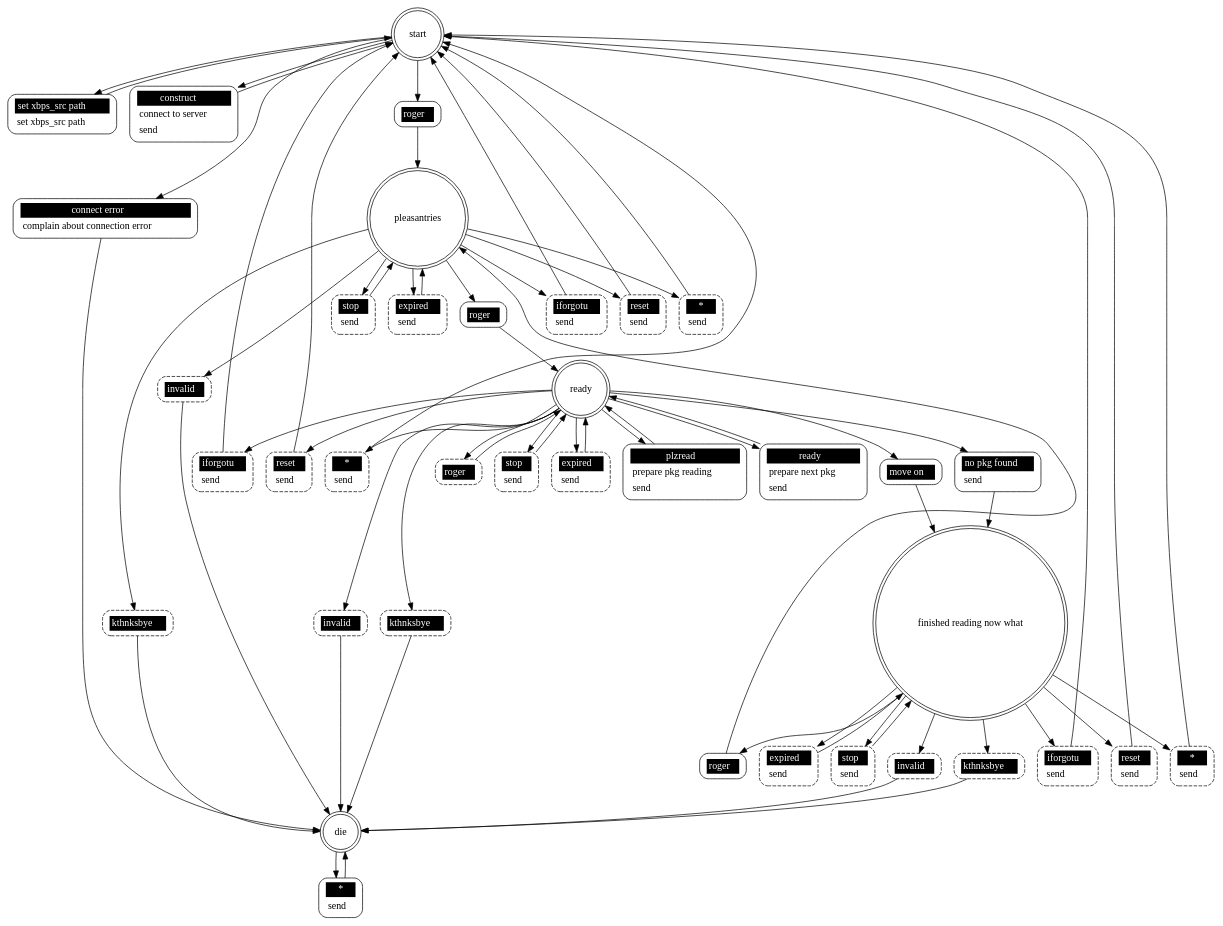
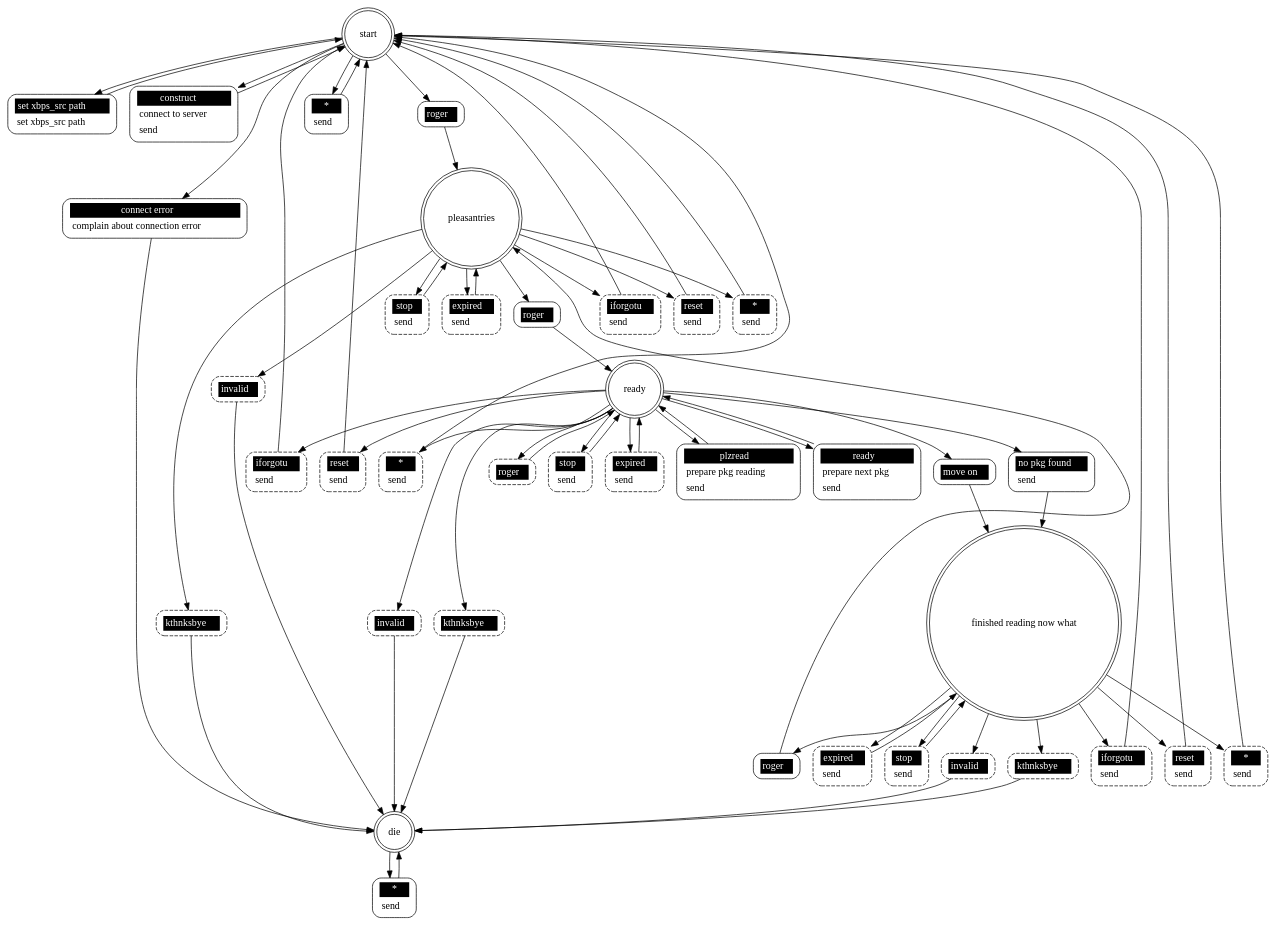
The diagram in src/pkgimport_client.dot (Vaelatern/dxpb), drawn with Graphviz before and after one commit. The commit also changed 26 other files, not shown here.

```diff
--- a/src/pkgimport_client.dot
+++ b/src/pkgimport_client.dot
@@ -1,112 +1,115 @@
 ## Automatically generated from pkgimport_client.xml by gsl
 digraph "pkgimport_client" {
 
  "start" [shape = "doublecircle"];
  "start set xbps_src path" [shape = "Mrecord" style = solid label = <<table border="0" cellborder="0" cellpadding="3" bgcolor="white"><tr><td bgcolor="black" align="center" colspan="2"><font color="white">set xbps_src path</font></td></tr><tr><td align="left" port="r3">set xbps_src path</td></tr></table>>];
  "start" -> "start set xbps_src path";
  "start set xbps_src path" -> "start";
  "start construct" [shape = "Mrecord" style = solid label = <<table border="0" cellborder="0" cellpadding="3" bgcolor="white"><tr><td bgcolor="black" align="center" colspan="2"><font color="white">construct</font></td></tr><tr><td align="left" port="r3">connect to server</td></tr><tr><td align="left" port="r3">send</td></tr></table>>];
  "start" -> "start construct";
  "start construct" -> "start";
  "start roger" [shape = "Mrecord" style = solid label = <<table border="0" cellborder="0" cellpadding="3" bgcolor="white"><tr><td bgcolor="black" align="center" colspan="2"><font color="white">roger</font></td></tr></table>>];
  "start" -> "start roger";
  "start roger" -> "pleasantries";
  "start connect error" [shape = "Mrecord" style = solid label = <<table border="0" cellborder="0" cellpadding="3" bgcolor="white"><tr><td bgcolor="black" align="center" colspan="2"><font color="white">connect error</font></td></tr><tr><td align="left" port="r3">complain about connection error</td></tr></table>>];
  "start" -> "start connect error";
  "start connect error" -> "die";
+ "start *" [shape = "Mrecord" style = solid label = <<table border="0" cellborder="0" cellpadding="3" bgcolor="white"><tr><td bgcolor="black" align="center" colspan="2"><font color="white">*</font></td></tr><tr><td align="left" port="r3">send</td></tr></table>>];
+ "start" -> "start *";
+ "start *" -> "start";
 
  "pleasantries" [shape = "doublecircle"];
  "pleasantries invalid" [shape = "Mrecord" style = dashed label = <<table border="0" cellborder="0" cellpadding="3" bgcolor="white"><tr><td bgcolor="black" align="center" colspan="2"><font color="white">invalid</font></td></tr></table>>];
  "pleasantries" -> "pleasantries invalid";
  "pleasantries invalid" -> "die";
  "pleasantries iforgotu" [shape = "Mrecord" style = dashed label = <<table border="0" cellborder="0" cellpadding="3" bgcolor="white"><tr><td bgcolor="black" align="center" colspan="2"><font color="white">iforgotu</font></td></tr><tr><td align="left" port="r3">send</td></tr></table>>];
  "pleasantries" -> "pleasantries iforgotu";
  "pleasantries iforgotu" -> "start";
  "pleasantries reset" [shape = "Mrecord" style = dashed label = <<table border="0" cellborder="0" cellpadding="3" bgcolor="white"><tr><td bgcolor="black" align="center" colspan="2"><font color="white">reset</font></td></tr><tr><td align="left" port="r3">send</td></tr></table>>];
  "pleasantries" -> "pleasantries reset";
  "pleasantries reset" -> "start";
  "pleasantries stop" [shape = "Mrecord" style = dashed label = <<table border="0" cellborder="0" cellpadding="3" bgcolor="white"><tr><td bgcolor="black" align="center" colspan="2"><font color="white">stop</font></td></tr><tr><td align="left" port="r3">send</td></tr></table>>];
  "pleasantries" -> "pleasantries stop";
  "pleasantries stop" -> "pleasantries";
- "pleasantries *" [shape = "Mrecord" style = dashed label = <<table border="0" cellborder="0" cellpadding="3" bgcolor="white"><tr><td bgcolor="black" align="center" colspan="2"><font color="white">*</font></td></tr><tr><td align="left" port="r3">send</td></tr></table>>];
- "pleasantries" -> "pleasantries *";
- "pleasantries *" -> "start";
  "pleasantries kthnksbye" [shape = "Mrecord" style = dashed label = <<table border="0" cellborder="0" cellpadding="3" bgcolor="white"><tr><td bgcolor="black" align="center" colspan="2"><font color="white">kthnksbye</font></td></tr></table>>];
  "pleasantries" -> "pleasantries kthnksbye";
  "pleasantries kthnksbye" -> "die";
  "pleasantries expired" [shape = "Mrecord" style = dashed label = <<table border="0" cellborder="0" cellpadding="3" bgcolor="white"><tr><td bgcolor="black" align="center" colspan="2"><font color="white">expired</font></td></tr><tr><td align="left" port="r3">send</td></tr></table>>];
  "pleasantries" -> "pleasantries expired";
  "pleasantries expired" -> "pleasantries";
+ "pleasantries *" [shape = "Mrecord" style = dashed label = <<table border="0" cellborder="0" cellpadding="3" bgcolor="white"><tr><td bgcolor="black" align="center" colspan="2"><font color="white">*</font></td></tr><tr><td align="left" port="r3">send</td></tr></table>>];
+ "pleasantries" -> "pleasantries *";
+ "pleasantries *" -> "start";
  "pleasantries roger" [shape = "Mrecord" style = solid label = <<table border="0" cellborder="0" cellpadding="3" bgcolor="white"><tr><td bgcolor="black" align="center" colspan="2"><font color="white">roger</font></td></tr></table>>];
  "pleasantries" -> "pleasantries roger";
  "pleasantries roger" -> "ready";
 
  "ready" [shape = "doublecircle"];
  "ready invalid" [shape = "Mrecord" style = dashed label = <<table border="0" cellborder="0" cellpadding="3" bgcolor="white"><tr><td bgcolor="black" align="center" colspan="2"><font color="white">invalid</font></td></tr></table>>];
  "ready" -> "ready invalid";
  "ready invalid" -> "die";
  "ready iforgotu" [shape = "Mrecord" style = dashed label = <<table border="0" cellborder="0" cellpadding="3" bgcolor="white"><tr><td bgcolor="black" align="center" colspan="2"><font color="white">iforgotu</font></td></tr><tr><td align="left" port="r3">send</td></tr></table>>];
  "ready" -> "ready iforgotu";
  "ready iforgotu" -> "start";
  "ready roger" [shape = "Mrecord" style = dashed label = <<table border="0" cellborder="0" cellpadding="3" bgcolor="white"><tr><td bgcolor="black" align="center" colspan="2"><font color="white">roger</font></td></tr></table>>];
  "ready" -> "ready roger";
  "ready roger" -> "ready";
  "ready reset" [shape = "Mrecord" style = dashed label = <<table border="0" cellborder="0" cellpadding="3" bgcolor="white"><tr><td bgcolor="black" align="center" colspan="2"><font color="white">reset</font></td></tr><tr><td align="left" port="r3">send</td></tr></table>>];
  "ready" -> "ready reset";
  "ready reset" -> "start";
  "ready stop" [shape = "Mrecord" style = dashed label = <<table border="0" cellborder="0" cellpadding="3" bgcolor="white"><tr><td bgcolor="black" align="center" colspan="2"><font color="white">stop</font></td></tr><tr><td align="left" port="r3">send</td></tr></table>>];
  "ready" -> "ready stop";
  "ready stop" -> "ready";
- "ready *" [shape = "Mrecord" style = dashed label = <<table border="0" cellborder="0" cellpadding="3" bgcolor="white"><tr><td bgcolor="black" align="center" colspan="2"><font color="white">*</font></td></tr><tr><td align="left" port="r3">send</td></tr></table>>];
- "ready" -> "ready *";
- "ready *" -> "start";
  "ready kthnksbye" [shape = "Mrecord" style = dashed label = <<table border="0" cellborder="0" cellpadding="3" bgcolor="white"><tr><td bgcolor="black" align="center" colspan="2"><font color="white">kthnksbye</font></td></tr></table>>];
  "ready" -> "ready kthnksbye";
  "ready kthnksbye" -> "die";
  "ready expired" [shape = "Mrecord" style = dashed label = <<table border="0" cellborder="0" cellpadding="3" bgcolor="white"><tr><td bgcolor="black" align="center" colspan="2"><font color="white">expired</font></td></tr><tr><td align="left" port="r3">send</td></tr></table>>];
  "ready" -> "ready expired";
  "ready expired" -> "ready";
+ "ready *" [shape = "Mrecord" style = dashed label = <<table border="0" cellborder="0" cellpadding="3" bgcolor="white"><tr><td bgcolor="black" align="center" colspan="2"><font color="white">*</font></td></tr><tr><td align="left" port="r3">send</td></tr></table>>];
+ "ready" -> "ready *";
+ "ready *" -> "start";
  "ready plzread" [shape = "Mrecord" style = solid label = <<table border="0" cellborder="0" cellpadding="3" bgcolor="white"><tr><td bgcolor="black" align="center" colspan="2"><font color="white">plzread</font></td></tr><tr><td align="left" port="r3">prepare pkg reading</td></tr><tr><td align="left" port="r3">send</td></tr></table>>];
  "ready" -> "ready plzread";
  "ready plzread" -> "ready";
  "ready ready" [shape = "Mrecord" style = solid label = <<table border="0" cellborder="0" cellpadding="3" bgcolor="white"><tr><td bgcolor="black" align="center" colspan="2"><font color="white">ready</font></td></tr><tr><td align="left" port="r3">prepare next pkg</td></tr><tr><td align="left" port="r3">send</td></tr></table>>];
  "ready" -> "ready ready";
  "ready ready" -> "ready";
  "ready no pkg found" [shape = "Mrecord" style = solid label = <<table border="0" cellborder="0" cellpadding="3" bgcolor="white"><tr><td bgcolor="black" align="center" colspan="2"><font color="white">no pkg found</font></td></tr><tr><td align="left" port="r3">send</td></tr></table>>];
  "ready" -> "ready no pkg found";
  "ready no pkg found" -> "finished reading now what";
  "ready move on" [shape = "Mrecord" style = solid label = <<table border="0" cellborder="0" cellpadding="3" bgcolor="white"><tr><td bgcolor="black" align="center" colspan="2"><font color="white">move on</font></td></tr></table>>];
  "ready" -> "ready move on";
  "ready move on" -> "finished reading now what";
 
  "finished reading now what" [shape = "doublecircle"];
  "finished reading now what invalid" [shape = "Mrecord" style = dashed label = <<table border="0" cellborder="0" cellpadding="3" bgcolor="white"><tr><td bgcolor="black" align="center" colspan="2"><font color="white">invalid</font></td></tr></table>>];
  "finished reading now what" -> "finished reading now what invalid";
  "finished reading now what invalid" -> "die";
  "finished reading now what iforgotu" [shape = "Mrecord" style = dashed label = <<table border="0" cellborder="0" cellpadding="3" bgcolor="white"><tr><td bgcolor="black" align="center" colspan="2"><font color="white">iforgotu</font></td></tr><tr><td align="left" port="r3">send</td></tr></table>>];
  "finished reading now what" -> "finished reading now what iforgotu";
  "finished reading now what iforgotu" -> "start";
  "finished reading now what reset" [shape = "Mrecord" style = dashed label = <<table border="0" cellborder="0" cellpadding="3" bgcolor="white"><tr><td bgcolor="black" align="center" colspan="2"><font color="white">reset</font></td></tr><tr><td align="left" port="r3">send</td></tr></table>>];
  "finished reading now what" -> "finished reading now what reset";
  "finished reading now what reset" -> "start";
  "finished reading now what stop" [shape = "Mrecord" style = dashed label = <<table border="0" cellborder="0" cellpadding="3" bgcolor="white"><tr><td bgcolor="black" align="center" colspan="2"><font color="white">stop</font></td></tr><tr><td align="left" port="r3">send</td></tr></table>>];
  "finished reading now what" -> "finished reading now what stop";
  "finished reading now what stop" -> "finished reading now what";
- "finished reading now what *" [shape = "Mrecord" style = dashed label = <<table border="0" cellborder="0" cellpadding="3" bgcolor="white"><tr><td bgcolor="black" align="center" colspan="2"><font color="white">*</font></td></tr><tr><td align="left" port="r3">send</td></tr></table>>];
- "finished reading now what" -> "finished reading now what *";
- "finished reading now what *" -> "start";
  "finished reading now what kthnksbye" [shape = "Mrecord" style = dashed label = <<table border="0" cellborder="0" cellpadding="3" bgcolor="white"><tr><td bgcolor="black" align="center" colspan="2"><font color="white">kthnksbye</font></td></tr></table>>];
  "finished reading now what" -> "finished reading now what kthnksbye";
  "finished reading now what kthnksbye" -> "die";
  "finished reading now what expired" [shape = "Mrecord" style = dashed label = <<table border="0" cellborder="0" cellpadding="3" bgcolor="white"><tr><td bgcolor="black" align="center" colspan="2"><font color="white">expired</font></td></tr><tr><td align="left" port="r3">send</td></tr></table>>];
  "finished reading now what" -> "finished reading now what expired";
  "finished reading now what expired" -> "finished reading now what";
+ "finished reading now what *" [shape = "Mrecord" style = dashed label = <<table border="0" cellborder="0" cellpadding="3" bgcolor="white"><tr><td bgcolor="black" align="center" colspan="2"><font color="white">*</font></td></tr><tr><td align="left" port="r3">send</td></tr></table>>];
+ "finished reading now what" -> "finished reading now what *";
+ "finished reading now what *" -> "start";
  "finished reading now what roger" [shape = "Mrecord" style = solid label = <<table border="0" cellborder="0" cellpadding="3" bgcolor="white"><tr><td bgcolor="black" align="center" colspan="2"><font color="white">roger</font></td></tr></table>>];
  "finished reading now what" -> "finished reading now what roger";
  "finished reading now what roger" -> "pleasantries";
 
  "die" [shape = "doublecircle"];
  "die *" [shape = "Mrecord" style = solid label = <<table border="0" cellborder="0" cellpadding="3" bgcolor="white"><tr><td bgcolor="black" align="center" colspan="2"><font color="white">*</font></td></tr><tr><td align="left" port="r3">send</td></tr></table>>];
  "die" -> "die *";
  "die *" -> "die";
 }
```
